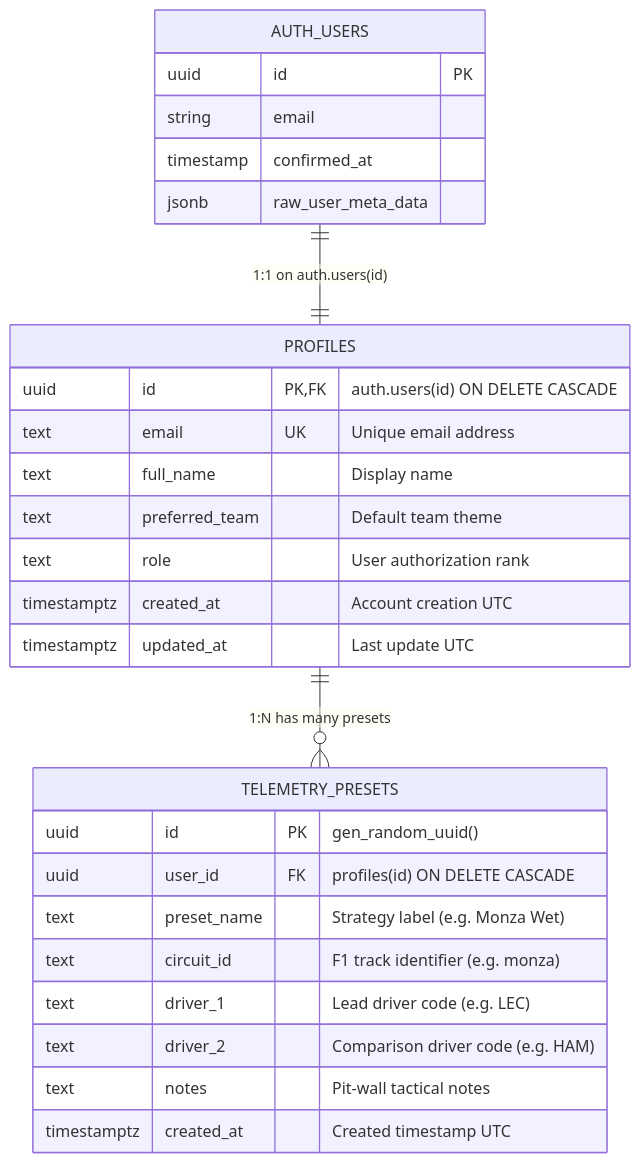
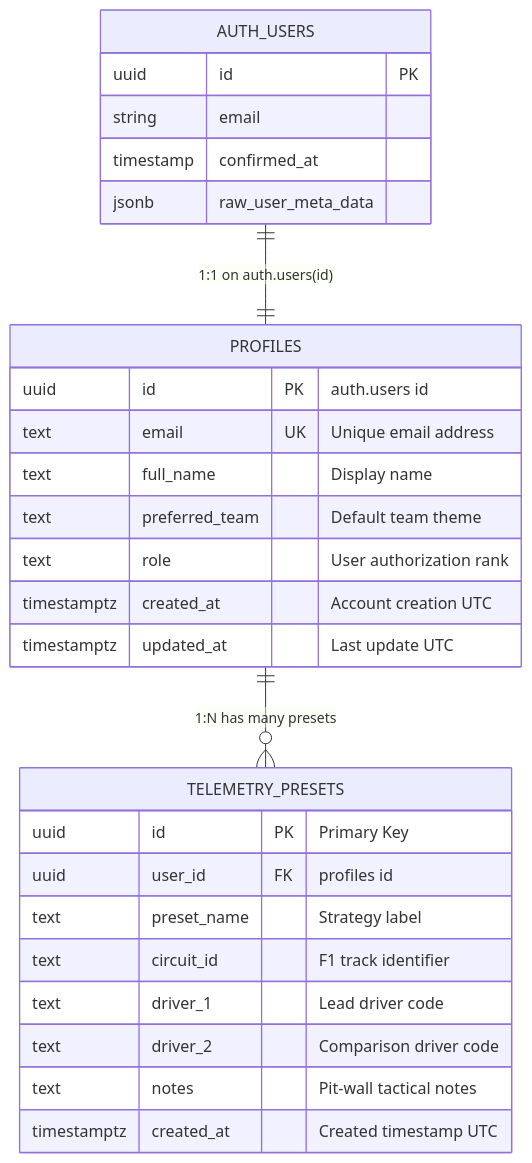
One commit to Hritik983567-Art/paddock changed the diagram in docs/05_DATABASE_DESIGN.md. Above: the diagram before and after it, drawn with Mermaid. The commit also changed 4 other files, not shown here.

Commit message:
fix(docs): resolve Mermaid syntax parse errors for GitHub rich display

````diff
--- a/docs/05_DATABASE_DESIGN.md
+++ b/docs/05_DATABASE_DESIGN.md
@@ -26,33 +26,33 @@
 ```mermaid
 erDiagram
     AUTH_USERS ||--|| PROFILES : "1:1 on auth.users(id)"
     PROFILES ||--o{ TELEMETRY_PRESETS : "1:N has many presets"
 
     AUTH_USERS {
         uuid id PK
         string email
         timestamp confirmed_at
         jsonb raw_user_meta_data
     }
 
     PROFILES {
-        uuid id PK, FK "auth.users(id) ON DELETE CASCADE"
+        uuid id PK "auth.users id"
         text email UK "Unique email address"
         text full_name "Display name"
         text preferred_team "Default team theme"
         text role "User authorization rank"
         timestamptz created_at "Account creation UTC"
         timestamptz updated_at "Last update UTC"
     }
 
     TELEMETRY_PRESETS {
-        uuid id PK "gen_random_uuid()"
-        uuid user_id FK "profiles(id) ON DELETE CASCADE"
-        text preset_name "Strategy label (e.g. Monza Wet)"
-        text circuit_id "F1 track identifier (e.g. monza)"
-        text driver_1 "Lead driver code (e.g. LEC)"
-        text driver_2 "Comparison driver code (e.g. HAM)"
+        uuid id PK "Primary Key"
+        uuid user_id FK "profiles id"
+        text preset_name "Strategy label"
+        text circuit_id "F1 track identifier"
+        text driver_1 "Lead driver code"
+        text driver_2 "Comparison driver code"
         text notes "Pit-wall tactical notes"
         timestamptz created_at "Created timestamp UTC"
     }
 ```
````
